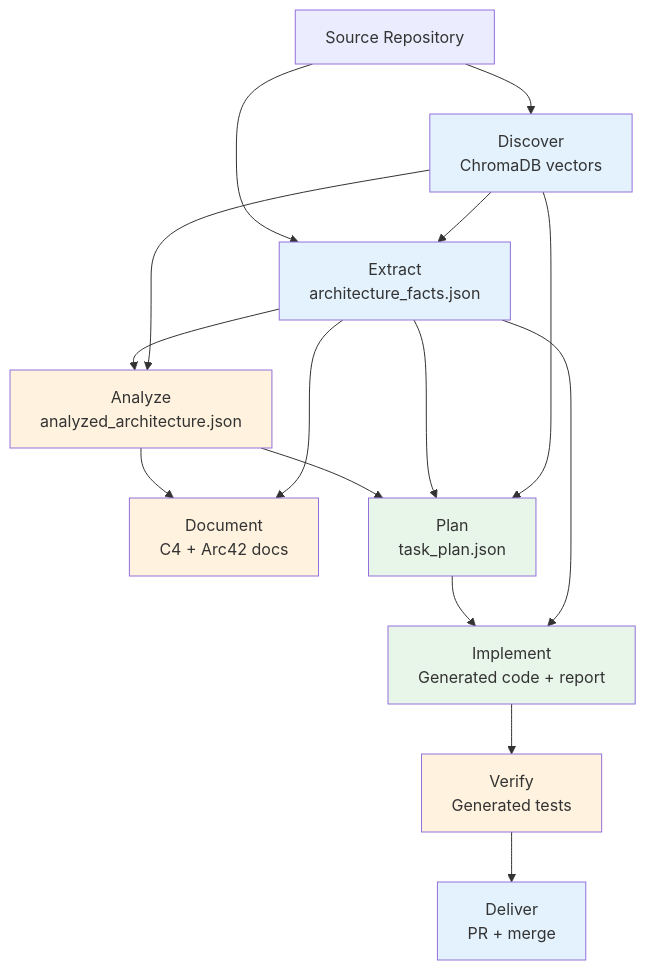
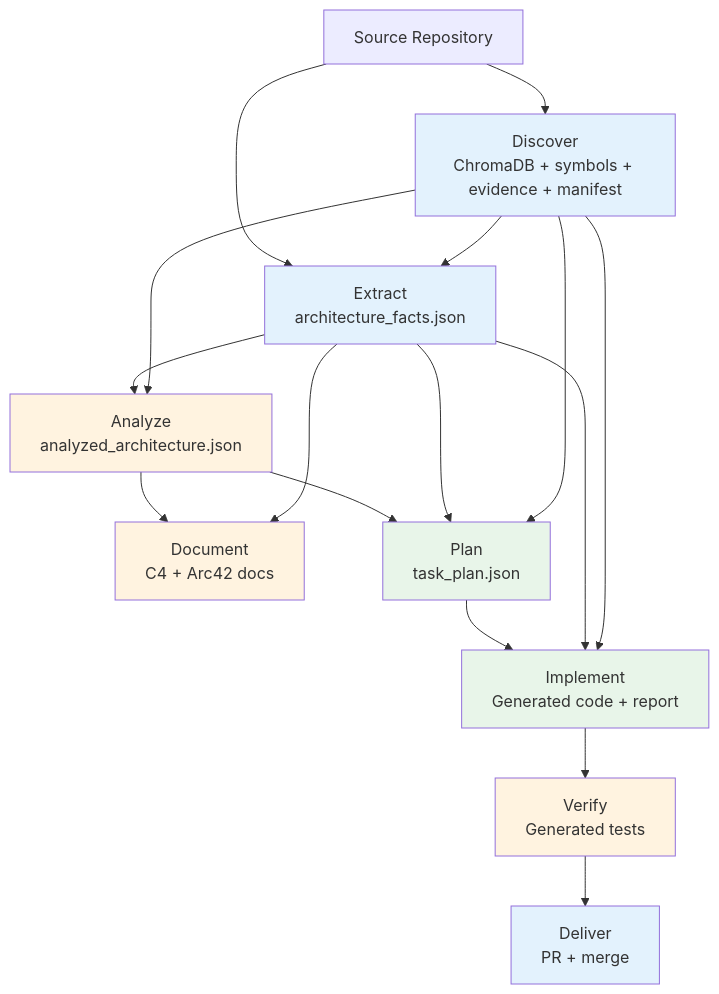
One commit to aymenmastouri/aicodegencrew changed the first of 2 diagrams in docs/architecture/knowledge-lifecycle.md. Above: the diagram before and after it, drawn with Mermaid. The commit also changed other lines of this file and 22 other files, not shown here.

First line of the commit message:
Enhance Discover phase: symbol index, evidence store, repo manifest, budget engine

````diff
--- a/docs/architecture/knowledge-lifecycle.md
+++ b/docs/architecture/knowledge-lifecycle.md
@@ -13,26 +13,27 @@
 ```mermaid
 graph TD
-    R[Source Repository] --> D[Discover<br/>ChromaDB vectors]
+    R[Source Repository] --> D[Discover<br/>ChromaDB + symbols + evidence + manifest]
     R --> E[Extract<br/>architecture_facts.json]
     D --> E
     E --> A[Analyze<br/>analyzed_architecture.json]
     D --> A
     A --> DOC[Document<br/>C4 + Arc42 docs]
     E --> DOC
     A --> P[Plan<br/>task_plan.json]
     E --> P
     D --> P
     P --> I[Implement<br/>Generated code + report]
     E --> I
+    D --> I
     I --> V[Verify<br/>Generated tests]
     V --> DEL[Deliver<br/>PR + merge]
 
     style D fill:#e3f2fd
     style E fill:#e3f2fd
     style A fill:#fff3e0
     style DOC fill:#fff3e0
     style P fill:#e8f5e9
     style I fill:#e8f5e9
     style V fill:#fff3e0
     style DEL fill:#e3f2fd
 ```
````
